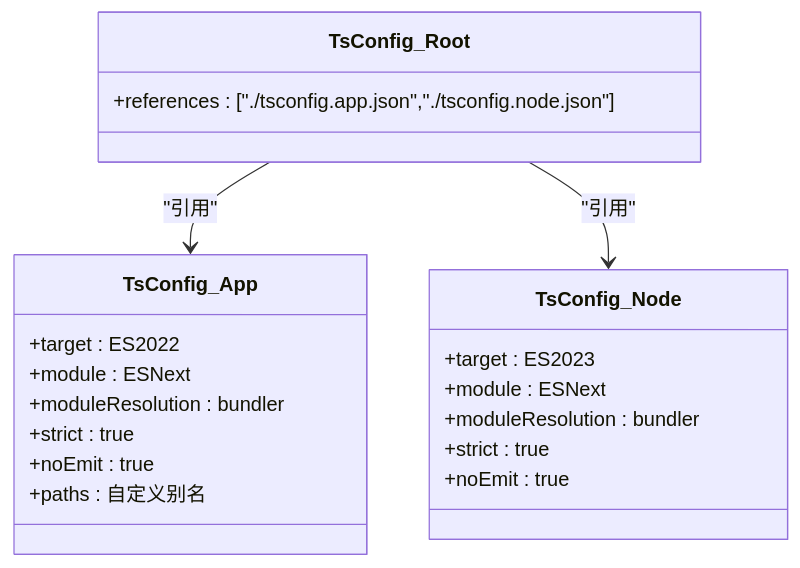
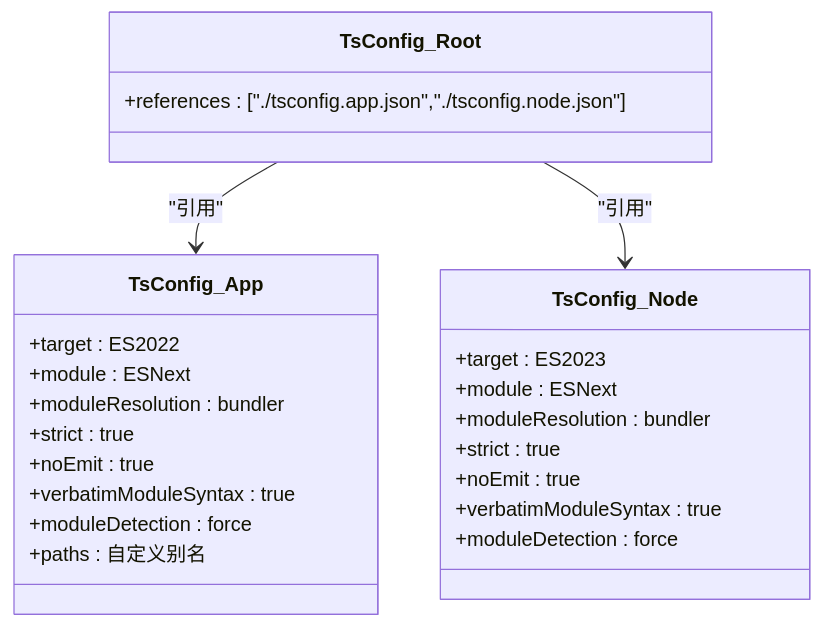
Before and after one commit to liqiongke/FrontArk: the fourth of 8 diagrams in .qoder/repowiki/zh/content/开发工具.md, drawn with Mermaid. The commit also changed other lines of this file and 17 other files, not shown here.

````diff
--- a/.qoder/repowiki/zh/content/开发工具.md
+++ b/.qoder/repowiki/zh/content/开发工具.md
@@ -146,23 +169,27 @@
 ```mermaid
 classDiagram
 class TsConfig_App {
 +target : ES2022
 +module : ESNext
 +moduleResolution : bundler
 +strict : true
 +noEmit : true
++verbatimModuleSyntax : true
++moduleDetection : force
 +paths : 自定义别名
 }
 class TsConfig_Node {
 +target : ES2023
 +module : ESNext
 +moduleResolution : bundler
 +strict : true
 +noEmit : true
++verbatimModuleSyntax : true
++moduleDetection : force
 }
 class TsConfig_Root {
 +references : ["./tsconfig.app.json","./tsconfig.node.json"]
 }
 TsConfig_Root --> TsConfig_App : "引用"
 TsConfig_Root --> TsConfig_Node : "引用"
 ```
````
